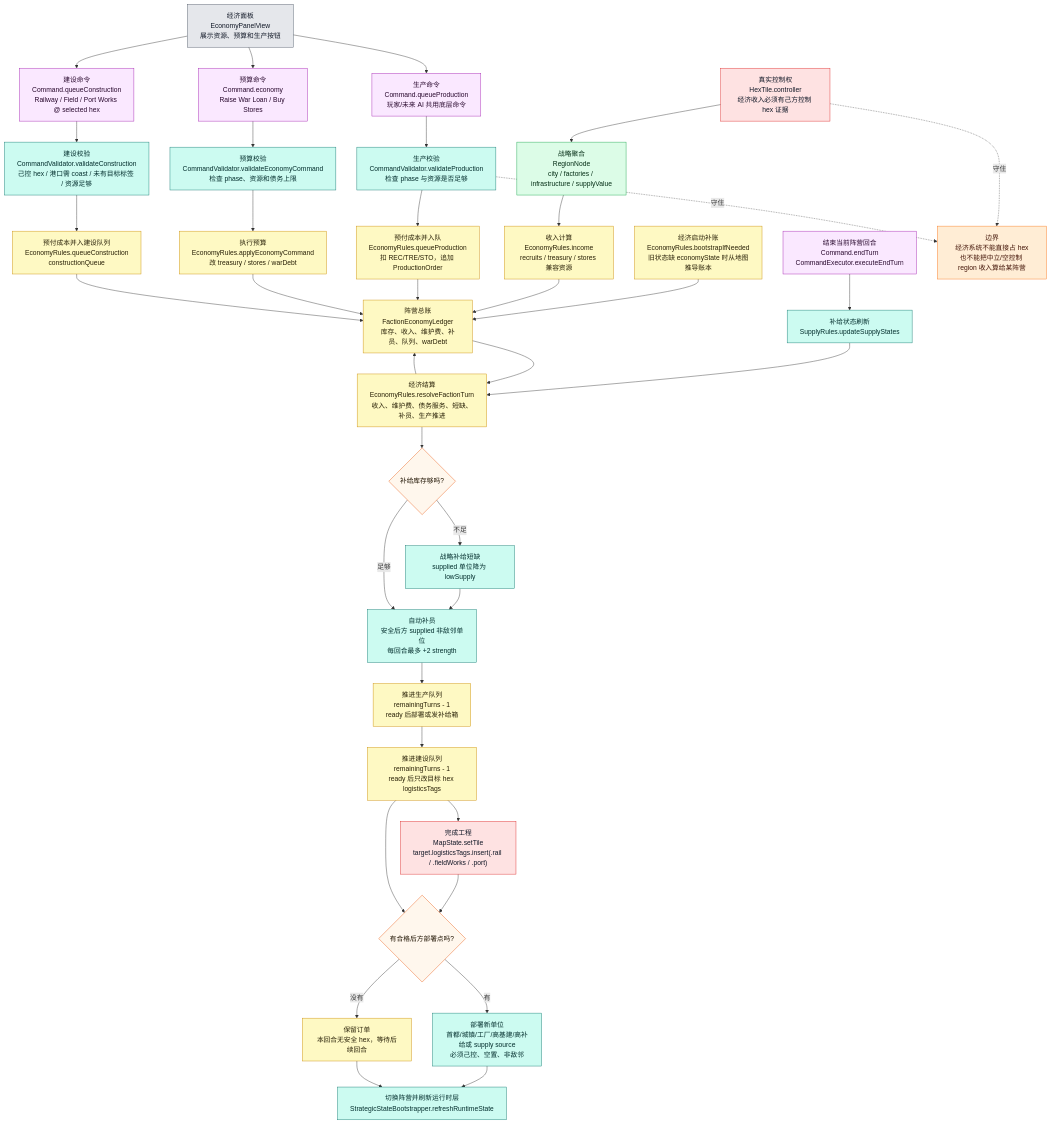
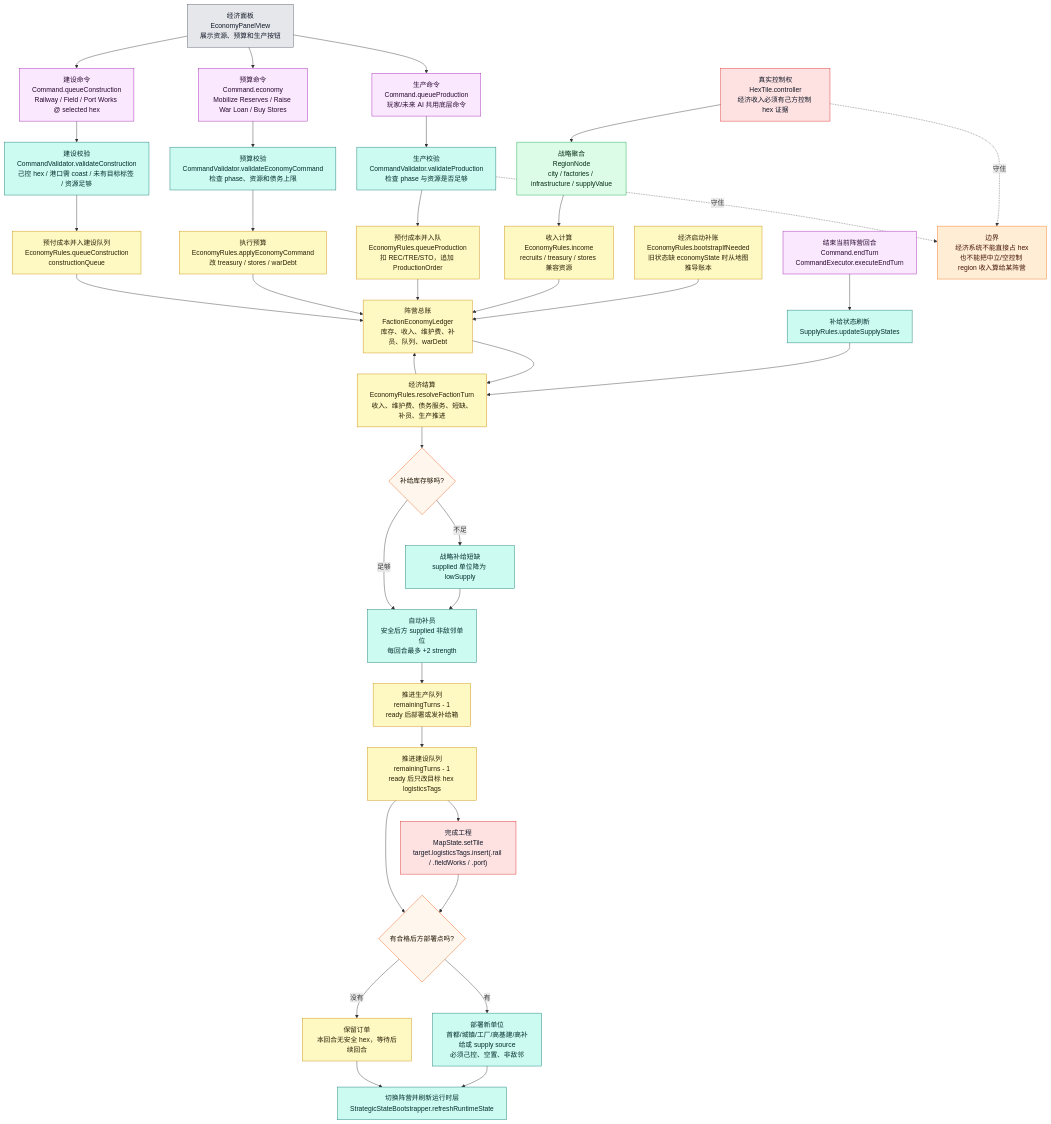
Before and after one commit to Altman-sam114/126: the fourth of 9 diagrams in md/flow/flowchart.md, drawn with Mermaid. The commit also changed 5 other files, not shown here.

````diff
--- a/md/flow/flowchart.md
+++ b/md/flow/flowchart.md
@@ -206,63 +206,63 @@
 ```mermaid
 flowchart TD
     BOOT["经济启动补账<br/>EconomyRules.bootstrapIfNeeded<br/>旧状态缺 economyState 时从地图推导账本"]:::economy
     HEX["真实控制权<br/>HexTile.controller<br/>经济收入必须有己方控制 hex 证据"]:::authority
     REGION["战略聚合<br/>RegionNode<br/>city / factories / infrastructure / supplyValue"]:::derived
     INCOME["收入计算<br/>EconomyRules.income<br/>recruits / treasury / stores 兼容资源"]:::economy
     LEDGER["阵营总账<br/>FactionEconomyLedger<br/>库存、收入、维护费、补员、队列、warDebt"]:::economy
 
     UI["经济面板<br/>EconomyPanelView<br/>展示资源、预算和生产按钮"]:::ui
     QUEUE["生产命令<br/>Command.queueProduction<br/>玩家/未来 AI 共用底层命令"]:::command
     VALIDATE["生产校验<br/>CommandValidator.validateProduction<br/>检查 phase 与资源是否足够"]:::rules
     PAY["预付成本并入队<br/>EconomyRules.queueProduction<br/>扣 REC/TRE/STO，追加 ProductionOrder"]:::economy
-    BUDGET["预算命令<br/>Command.economy<br/>Raise War Loan / Buy Stores"]:::command
+    BUDGET["预算命令<br/>Command.economy<br/>Mobilize Reserves / Raise War Loan / Buy Stores"]:::command
     BVALID["预算校验<br/>CommandValidator.validateEconomyCommand<br/>检查 phase、资源和债务上限"]:::rules
     APPLYB["执行预算<br/>EconomyRules.applyEconomyCommand<br/>改 treasury / stores / warDebt"]:::economy
     BUILD["建设命令<br/>Command.queueConstruction<br/>Railway / Field / Port Works @ selected hex"]:::command
     BLDVALID["建设校验<br/>CommandValidator.validateConstruction<br/>己控 hex / 港口需 coast / 未有目标标签 / 资源足够"]:::rules
     BLDQUEUE["预付成本并入建设队列<br/>EconomyRules.queueConstruction<br/>constructionQueue"]:::economy
 
     END["结束当前阵营回合<br/>Command.endTurn<br/>CommandExecutor.executeEndTurn"]:::command
     SUPPLY["补给状态刷新<br/>SupplyRules.updateSupplyStates"]:::rules
     RESOLVE["经济结算<br/>EconomyRules.resolveFactionTurn<br/>收入、维护费、债务服务、短缺、补员、生产推进"]:::economy
     SHORT{"补给库存够吗?"}:::decision
     LOW["战略补给短缺<br/>supplied 单位降为 lowSupply"]:::rules
     REINF["自动补员<br/>安全后方 supplied 非敌邻单位<br/>每回合最多 +2 strength"]:::rules
     PROD["推进生产队列<br/>remainingTurns - 1<br/>ready 后部署或发补给箱"]:::economy
     CONST["推进建设队列<br/>remainingTurns - 1<br/>ready 后只改目标 hex logisticsTags"]:::economy
     DEPLOY{"有合格后方部署点吗?"}:::decision
     SPAWN["部署新单位<br/>首都/城镇/工厂/高基建/高补给或 supply source<br/>必须己控、空置、非敌邻"]:::rules
     WAIT["保留订单<br/>本回合无安全 hex，等待后续回合"]:::economy
     RAIL["完成工程<br/>MapState.setTile<br/>target.logisticsTags.insert(.rail / .fieldWorks / .port)"]:::authority
     NEXT["切换阵营并刷新运行时层<br/>StrategicStateBootstrapper.refreshRuntimeState"]:::rules
 
     BOOT --> LEDGER
     HEX --> REGION --> INCOME --> LEDGER
     UI --> QUEUE --> VALIDATE --> PAY --> LEDGER
     UI --> BUDGET --> BVALID --> APPLYB --> LEDGER
     UI --> BUILD --> BLDVALID --> BLDQUEUE --> LEDGER
     END --> SUPPLY --> RESOLVE
     LEDGER --> RESOLVE
     RESOLVE --> SHORT
     SHORT -->|不足| LOW --> REINF
     SHORT -->|足够| REINF
     REINF --> PROD --> CONST
     CONST --> RAIL --> DEPLOY
     CONST --> DEPLOY
     DEPLOY -->|有| SPAWN --> NEXT
     DEPLOY -->|没有| WAIT --> NEXT
     RESOLVE --> LEDGER
 
     WARN["边界<br/>经济系统不能直接占 hex<br/>也不能把中立/空控制 region 收入算给某阵营"]:::warn
     HEX -.守住.-> WARN
     VALIDATE -.守住.-> WARN
 
     classDef authority fill:#fee2e2,stroke:#dc2626,color:#111827
     classDef derived fill:#dcfce7,stroke:#16a34a,color:#052e16
     classDef economy fill:#fef9c3,stroke:#ca8a04,color:#292107
     classDef command fill:#fae8ff,stroke:#a21caf,color:#2a0a2f
     classDef rules fill:#ccfbf1,stroke:#0f766e,color:#042f2e
     classDef decision fill:#fff7ed,stroke:#ea580c,color:#1f1300
     classDef ui fill:#e5e7eb,stroke:#4b5563,color:#111827
     classDef warn fill:#ffedd5,stroke:#f97316,color:#431407
 ```
````
